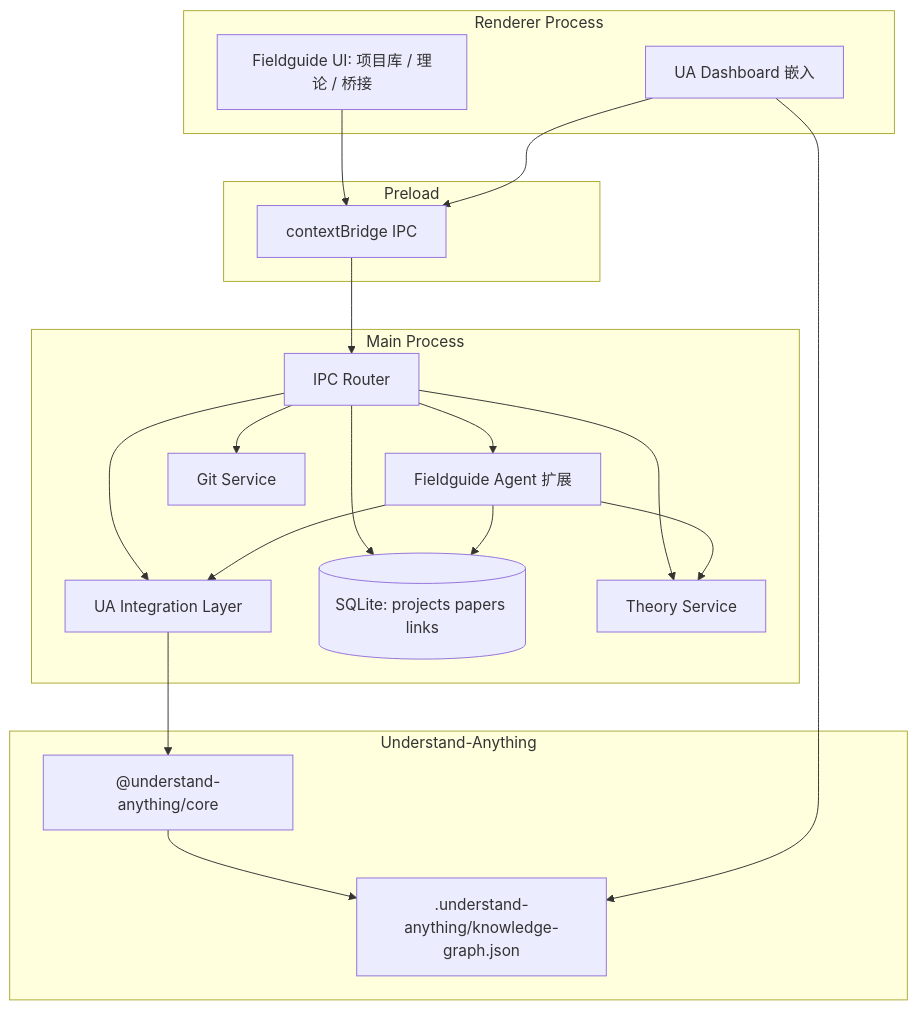
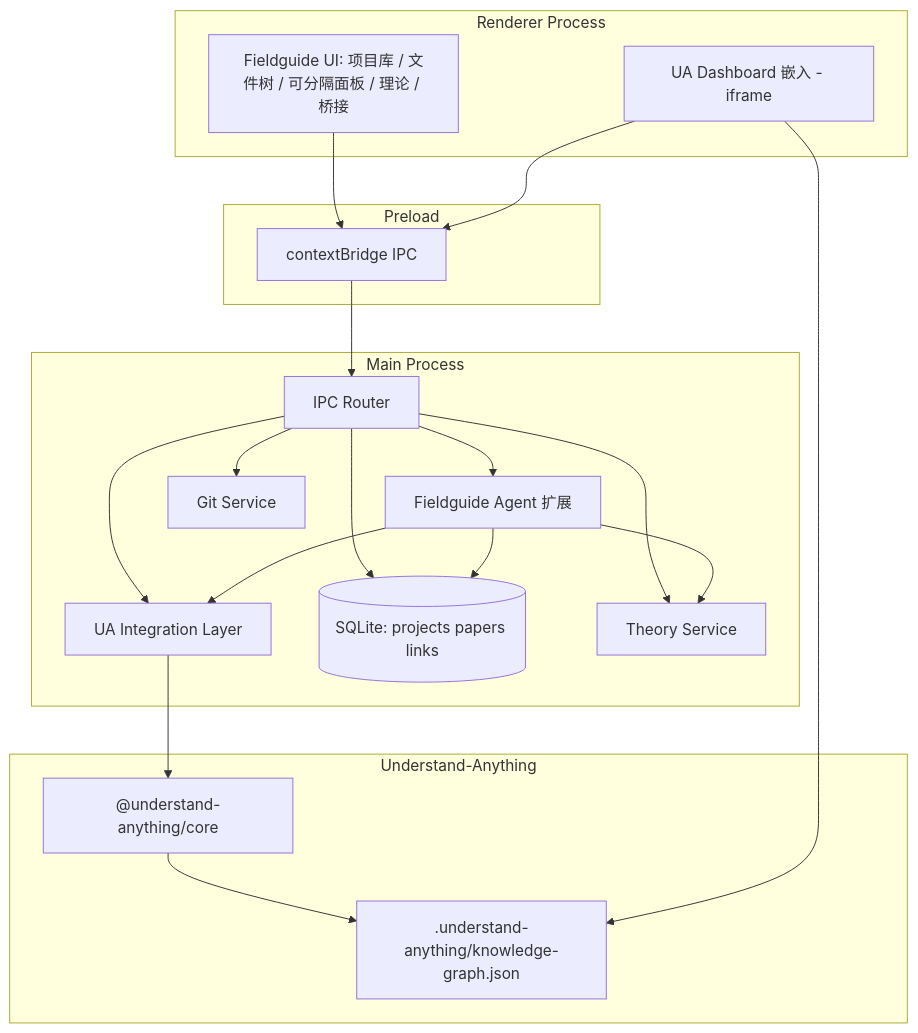
The first of 2 diagrams in docs/architecture.md (Tangyd893/Fieldguide), drawn with Mermaid before and after one commit. The commit also changed other lines of this file and 2 other files, not shown here.

````diff
--- a/docs/architecture.md
+++ b/docs/architecture.md
@@ -12,39 +13,39 @@
 ```mermaid
 flowchart TB
   subgraph renderer [Renderer Process]
-    Shell[Fieldguide UI: 项目库 / 理论 / 桥接]
-    Dash[UA Dashboard 嵌入]
+    Shell[Fieldguide UI: 项目库 / 文件树 / 可分隔面板 / 理论 / 桥接]
+    Dash[UA Dashboard 嵌入 - iframe]
   end
 
   subgraph preload [Preload]
     Bridge[contextBridge IPC]
   end
 
   subgraph main [Main Process]
     IPC[IPC Router]
     UAClient[UA Integration Layer]
     FGDB[(SQLite: projects papers links)]
     Theory[Theory Service]
     AgentFG[Fieldguide Agent 扩展]
     Git[Git Service]
   end
 
   subgraph ua [Understand-Anything]
     Core["@understand-anything/core"]
     UAGraph[".understand-anything/knowledge-graph.json"]
   end
 
   Shell --> Bridge --> IPC
   Dash --> Bridge
   IPC --> UAClient
   IPC --> FGDB
   IPC --> Theory
   IPC --> AgentFG
   IPC --> Git
   UAClient --> Core
   Core --> UAGraph
   Dash --> UAGraph
   AgentFG --> UAClient
   AgentFG --> Theory
   AgentFG --> FGDB
 ```
````
